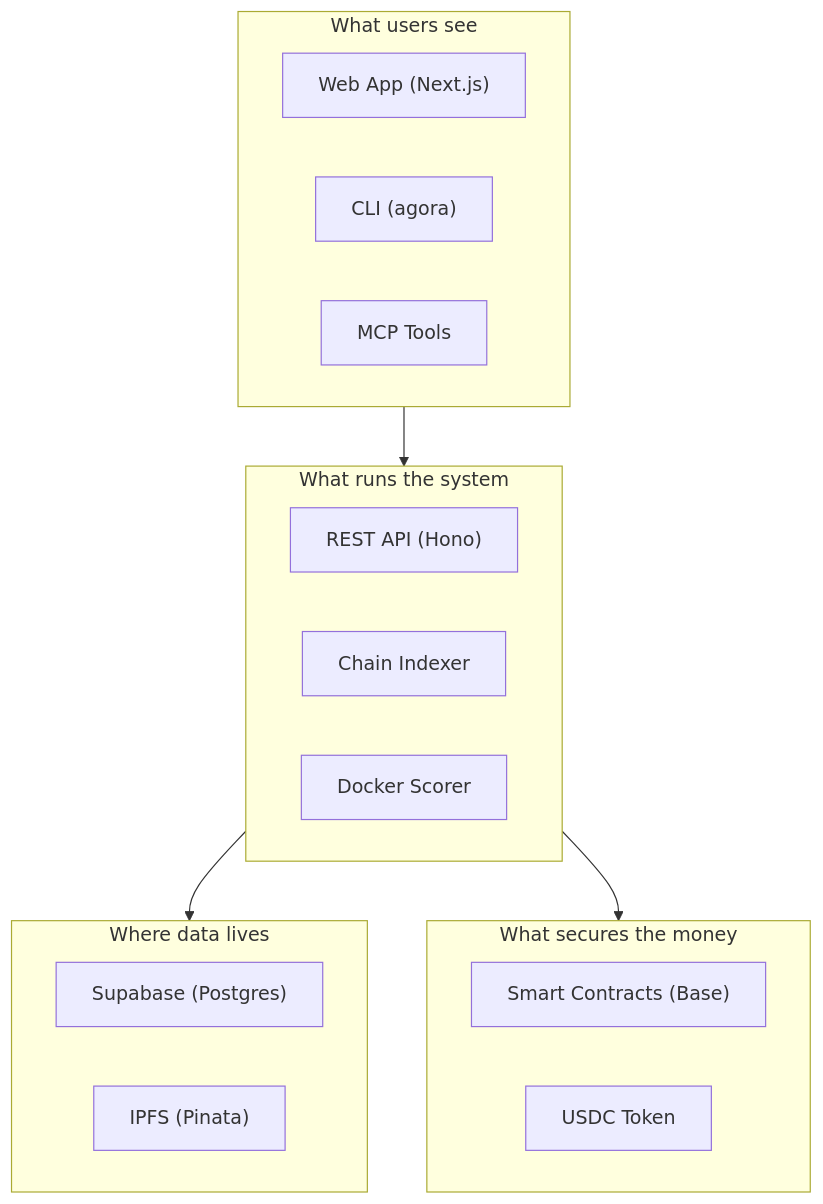
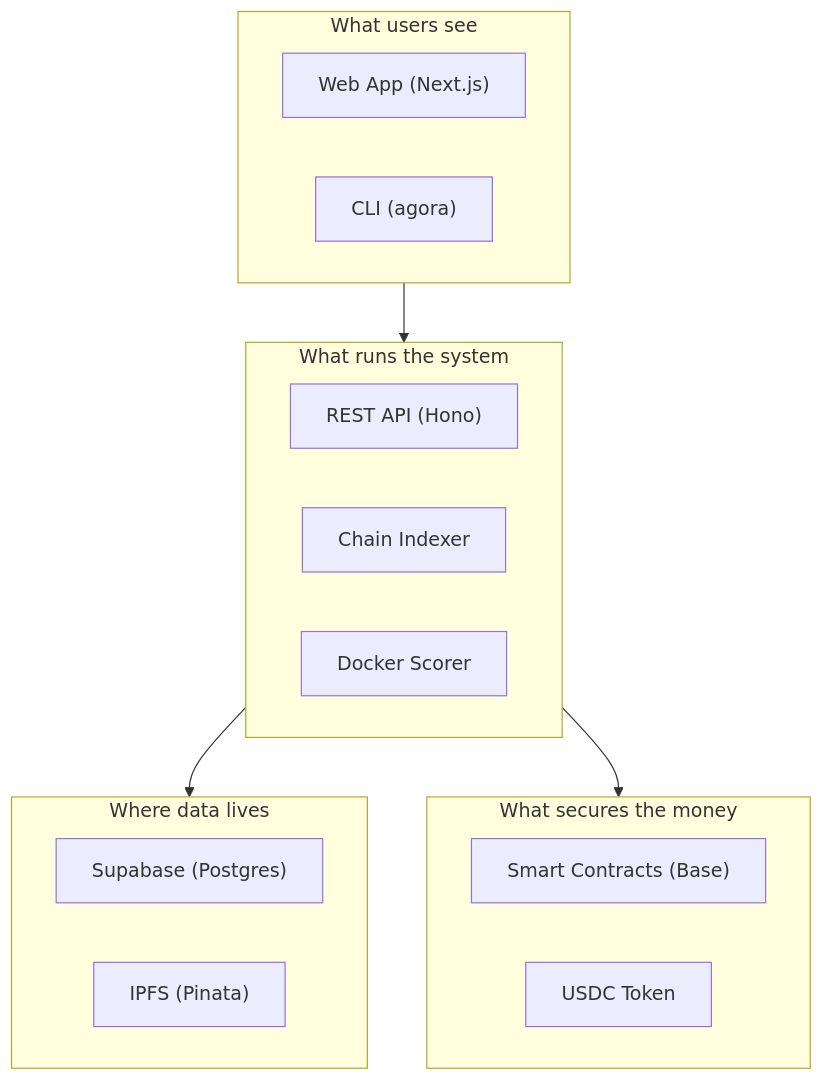
Before and after one commit to andymolecule/Hermes: the tenth of 10 diagrams in docs/product.md, drawn with Mermaid. The commit also changed other lines of this file and 166 other files, not shown here.

Commit message:
Hard-cut machine contract cleanup and runtime schema enforcement

````diff
--- a/docs/product.md
+++ b/docs/product.md
@@ -282,28 +266,27 @@
 ```mermaid
 flowchart TB
     subgraph Frontend["What users see"]
         UI["Web App (Next.js)"]
         CLIApp["CLI (agora)"]
-        MCPApp["MCP Tools"]
     end
 
     subgraph Backend["What runs the system"]
         APIApp["REST API (Hono)"]
         IdxApp["Chain Indexer"]
         ScorerApp["Docker Scorer"]
     end
 
     subgraph Storage["Where data lives"]
         DBApp["Supabase (Postgres)"]
         IPFSApp["IPFS (Pinata)"]
     end
 
     subgraph Blockchain["What secures the money"]
         Contracts["Smart Contracts (Base)"]
         USDCApp["USDC Token"]
     end
 
     Frontend --> Backend
     Backend --> Storage
     Backend --> Blockchain
 ```
````
